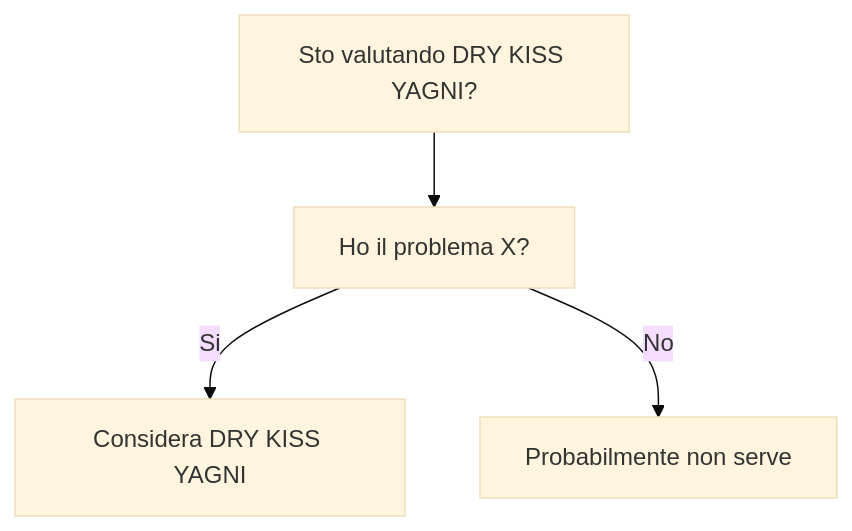
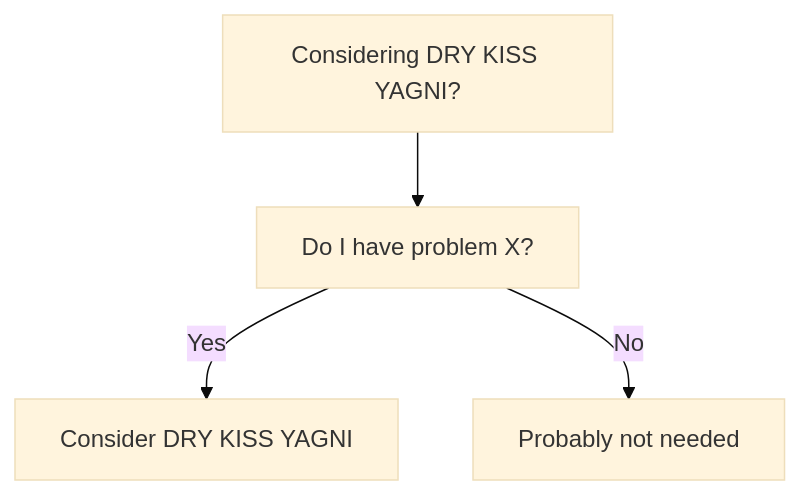
The diagram in dev-wiki/01_Foundations/DRY_KISS_YAGNI/When_To_Use.md (HxT9/Software-Dev-Wiki), drawn with Mermaid (base theme) before and after one commit. The commit also changed other lines of this file and 3444 other files, not shown here.

````diff
--- a/dev-wiki/01_Foundations/DRY_KISS_YAGNI/When_To_Use.md
+++ b/dev-wiki/01_Foundations/DRY_KISS_YAGNI/When_To_Use.md
@@ -19,6 +19,6 @@
 ```mermaid
 flowchart TD
-  Q[Sto valutando DRY KISS YAGNI?] --> Q1[Ho il problema X?]
-  Q1 -->|Si| OK[Considera DRY KISS YAGNI]
-  Q1 -->|No| NO[Probabilmente non serve]
+  Q[Considering DRY KISS YAGNI?] --> Q1[Do I have problem X?]
+  Q1 -->|Yes| OK[Consider DRY KISS YAGNI]
+  Q1 -->|No| NO[Probably not needed]
 ```
````
